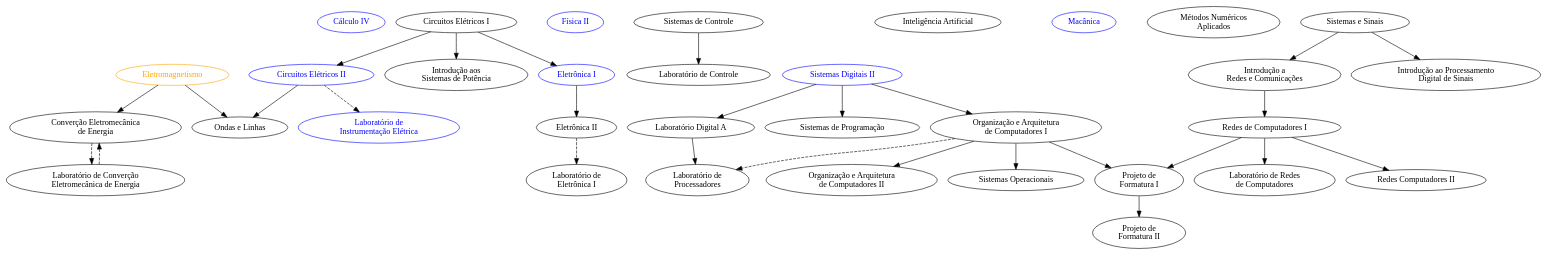
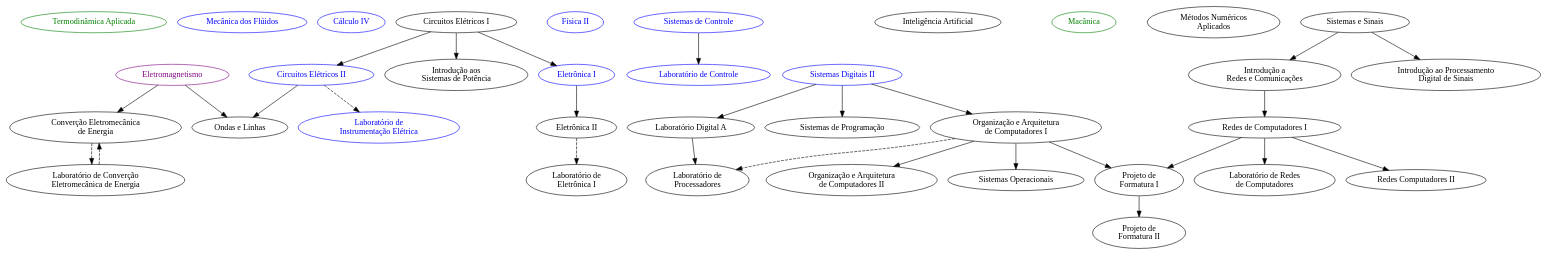
The diagram in materias/materias.gv (nmcardoso/poli), drawn with Graphviz before and after one commit. The commit also changed 1 other file, not shown here.

Commit message:
adiciona Termodinâmica, MecFlu e muda cor de Eletromag

```diff
--- a/materias/materias.gv
+++ b/materias/materias.gv
@@ -1,94 +1,98 @@
 digraph g {
+  PME3344 [label="Termodinâmica Aplicada", color="green", fontcolor="green"];
+  PME3332 [label="Mecânica dos Flúidos", color="blue", fontcolor="blue"];
+
+
 	# 2021/02
 	MAT2456 [label="Cálculo IV", color="blue", fontcolor="blue"];
 	PSI3213 [label="Circuitos Elétricos II", color="blue", fontcolor="blue"];
 	PSI3214 [label="Laboratório de \n Instrumentação Elétrica", color="blue", fontcolor="blue"];
 	4323102 [label="Física II", color="blue", fontcolor="blue"];
-	PTC3313 [label="Sistemas de Controle"];
+	PTC3313 [label="Sistemas de Controle", color="blue", fontcolor="blue"];
 	PCS3438 [label="Inteligência Artificial"];
-	PME3100 [label="Macânica", color="blue", fontcolor="blue"];
+	PME3100 [label="Macânica", color="green", fontcolor="green"];
 	
 	
 	# 2022/01
 	MAP3121 [label="Métodos Numéricos\n Aplicados"];
 
 
 	# 2021/01
 	PSI3211 [label="Circuitos Elétricos I"];
-	PTC3213 [label="Eletromagnetismo", color="orange", fontcolor="orange"];
+	PTC3213 [label="Eletromagnetismo", color="purple", fontcolor="purple"];
 	PCS3225 [label="Sistemas Digitais II", color="blue", fontcolor="blue"];
 	
 	
 	# 2022/01
 	PEA3301 [label="Introdução aos\n Sistemas de Potência"];
 	PCS3412 [label="Organização e Arquitetura\n de Computadores I"];
 	PCS3335 [label="Laboratório Digital A"];
 	PSI3321 [label="Eletrônica I", color="blue", fontcolor="blue"];
 	PTC3307 [label="Sistemas e Sinais"];
 	PEA3306 [label="Converção Eletromecânica\n de Energia"];
 	PEA3311 [label="Laboratório de Converção\n Eletromecânica de Energia"];
 	
 	
 	# 2022/02
 	PSI3322 [label="Eletrônica II"];
 	PSI3323 [label="Laboratório de\n Eletrônica I"];
-	PTC3312 [label="Laboratório de Controle"];
+	PTC3312 [label="Laboratório de Controle", color="blue", fontcolor="blue"];
 	PTC3314 [label="Ondas e Linhas"];
 	PTC3361 [label="Introdução ao Processamento\n Digital de Sinais"];
 	PTC3360 [label="Introdução a\n Redes e Comunicações"];
 	PCS3422 [label="Organização e Arquitetura\n de Computadores II"];
 	PCS3446 [label="Sistemas Operacionais"];
 	
 	
 	# 2023/01
 	PCS3216 [label="Sistemas de Programação"];
 	PCS3432 [label="Laboratório de\n Processadores"];
 	PCS3414 [label="Redes de Computadores I"];
 	PCS3434 [label="Laboratório de Redes\n de Computadores"];
 	PCS3550 [label="Projeto de\n Formatura I"];
 	#M1 [label="Módulo I"];
 	#M2 [label="Módulo II"];
 	#M3 [label="Módulo III"];
 	#PCS3567 [label="Estágio Supervisionado"];
 	
 	
 	# 2023/02
 	PCS3424 [label="Redes Computadores II"];
 	PCS3560 [label="Projeto de\n Formatura II"];
 	#M4 [label="Módulo IV"];
 	#M5 [label="Módulo V"];
 	#M6 [label="Módulo VI"];
 	#PCS3577 [label="Estágio Supervisionado II"];
 	
 	
 	
 	PSI3211 -> {PSI3213};
 	PSI3213 -> PSI3214 [style="dashed"];
 	
 	PCS3225 -> PCS3412;
 	PCS3225 -> PCS3335;
 	PSI3211 -> PSI3321;
 	PTC3213 -> PEA3306;
 	PEA3311 -> PEA3306 [style="dashed"];
 	PEA3306 -> PEA3311 [style="dashed"];
 	
 	PSI3211 -> PEA3301;
 	PSI3321 -> PSI3322;
 	PSI3322 -> PSI3323[style="dashed"];
 	PTC3313 -> PTC3312;
 	{PSI3213, PTC3213} -> PTC3314;
 	PTC3307 -> PTC3361;
 	PTC3307 -> PTC3360;
 	PCS3412 -> PCS3422;
 	PCS3412 -> PCS3446;
 	
 	PCS3225 -> PCS3216;
 	PCS3335 -> PCS3432;
 	PCS3412 -> PCS3432 [style="dashed"];
 	PTC3360 -> PCS3414;
 	PCS3414 -> PCS3434;
 	{PCS3414, PCS3412} -> PCS3550;
 	
 	PCS3414 -> PCS3424;
 	PCS3550 -> PCS3560;
 }
```
